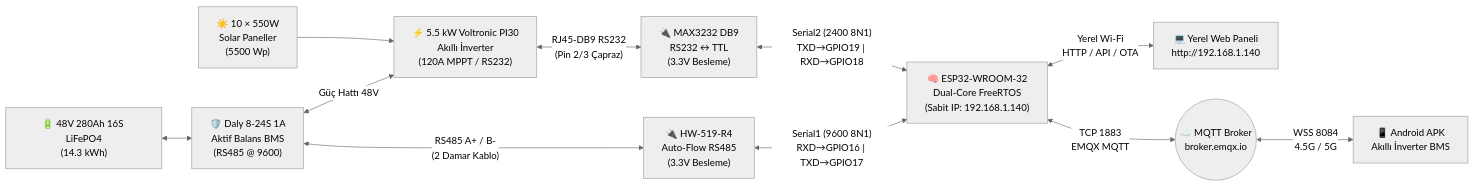
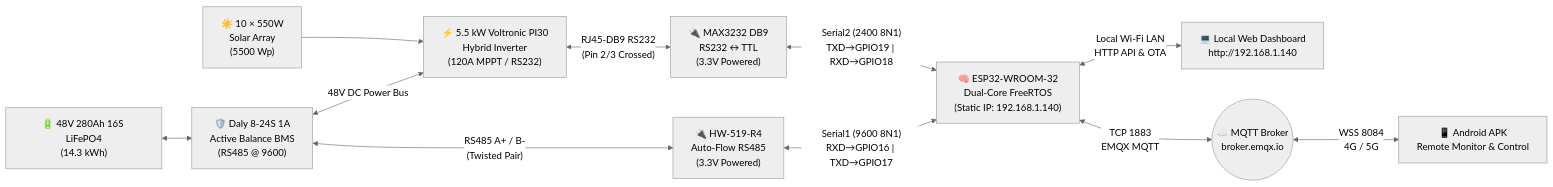
One commit to AyemKaan/ESP32-Daly-BMS-Voltronic-Inverter-Bridge changed the diagram in README.md. Above: the diagram before and after it, drawn with Mermaid (neutral theme). The commit also changed other lines of this file and 3 other files, not shown here.

````diff
--- a/README.md
+++ b/README.md
@@ -66,16 +69,16 @@
 ```mermaid
 flowchart LR
-    PV["☀️ 10 × 550W\nSolar Paneller\n(5500 Wp)"] --> INV["⚡ 5.5 kW Voltronic PI30\nAkıllı İnverter\n(120A MPPT / RS232)"]
-    BAT["🔋 48V 280Ah 16S LiFePO4\n(14.3 kWh)"] <--> BMS["🛡️ Daly 8-24S 1A\nAktif Balans BMS\n(RS485 @ 9600)"]
-    BMS <-->|Güç Hattı 48V| INV
+    PV["☀️ 10 × 550W\nSolar Array\n(5500 Wp)"] --> INV["⚡ 5.5 kW Voltronic PI30\nHybrid Inverter\n(120A MPPT / RS232)"]
+    BAT["🔋 48V 280Ah 16S LiFePO4\n(14.3 kWh)"] <--> BMS["🛡️ Daly 8-24S 1A\nActive Balance BMS\n(RS485 @ 9600)"]
+    BMS <-->|48V DC Power Bus| INV
 
-    BMS <-->|"RS485 A+ / B-\n(2 Damar Kablo)"| HW519["🔌 HW-519-R4\nAuto-Flow RS485\n(3.3V Besleme)"]
-    HW519 <-->|"Serial1 (9600 8N1)\nRXD→GPIO16 | TXD→GPIO17"| ESP["🧠 ESP32-WROOM-32\nDual-Core FreeRTOS\n(Sabit IP: 192.168.1.140)"]
+    BMS <-->|"RS485 A+ / B-\n(Twisted Pair)"| HW519["🔌 HW-519-R4\nAuto-Flow RS485\n(3.3V Powered)"]
+    HW519 <-->|"Serial1 (9600 8N1)\nRXD→GPIO16 | TXD→GPIO17"| ESP["🧠 ESP32-WROOM-32\nDual-Core FreeRTOS\n(Static IP: 192.168.1.140)"]
 
-    INV <-->|"RJ45-DB9 RS232\n(Pin 2/3 Çapraz)"| MAX3232["🔌 MAX3232 DB9\nRS232 ↔ TTL\n(3.3V Besleme)"]
+    INV <-->|"RJ45-DB9 RS232\n(Pin 2/3 Crossed)"| MAX3232["🔌 MAX3232 DB9\nRS232 ↔ TTL\n(3.3V Powered)"]
     MAX3232 <-->|"Serial2 (2400 8N1)\nTXD→GPIO19 | RXD→GPIO18"| ESP
 
-    ESP <-->|"Yerel Wi-Fi\nHTTP / API / OTA"| WEB["💻 Yerel Web Paneli\nhttp://192.168.1.140"]
+    ESP <-->|"Local Wi-Fi LAN\nHTTP API & OTA"| WEB["💻 Local Web Dashboard\nhttp://192.168.1.140"]
     ESP <-->|"TCP 1883\nEMQX MQTT"| MQTT(("☁️ MQTT Broker\nbroker.emqx.io"))
-    MQTT <-->|"WSS 8084\n4.5G / 5G"| APK["📱 Android APK\nAkıllı İnverter BMS"]
+    MQTT <-->|"WSS 8084\n4G / 5G"| APK["📱 Android APK\nRemote Monitor & Control"]
 ```
````
